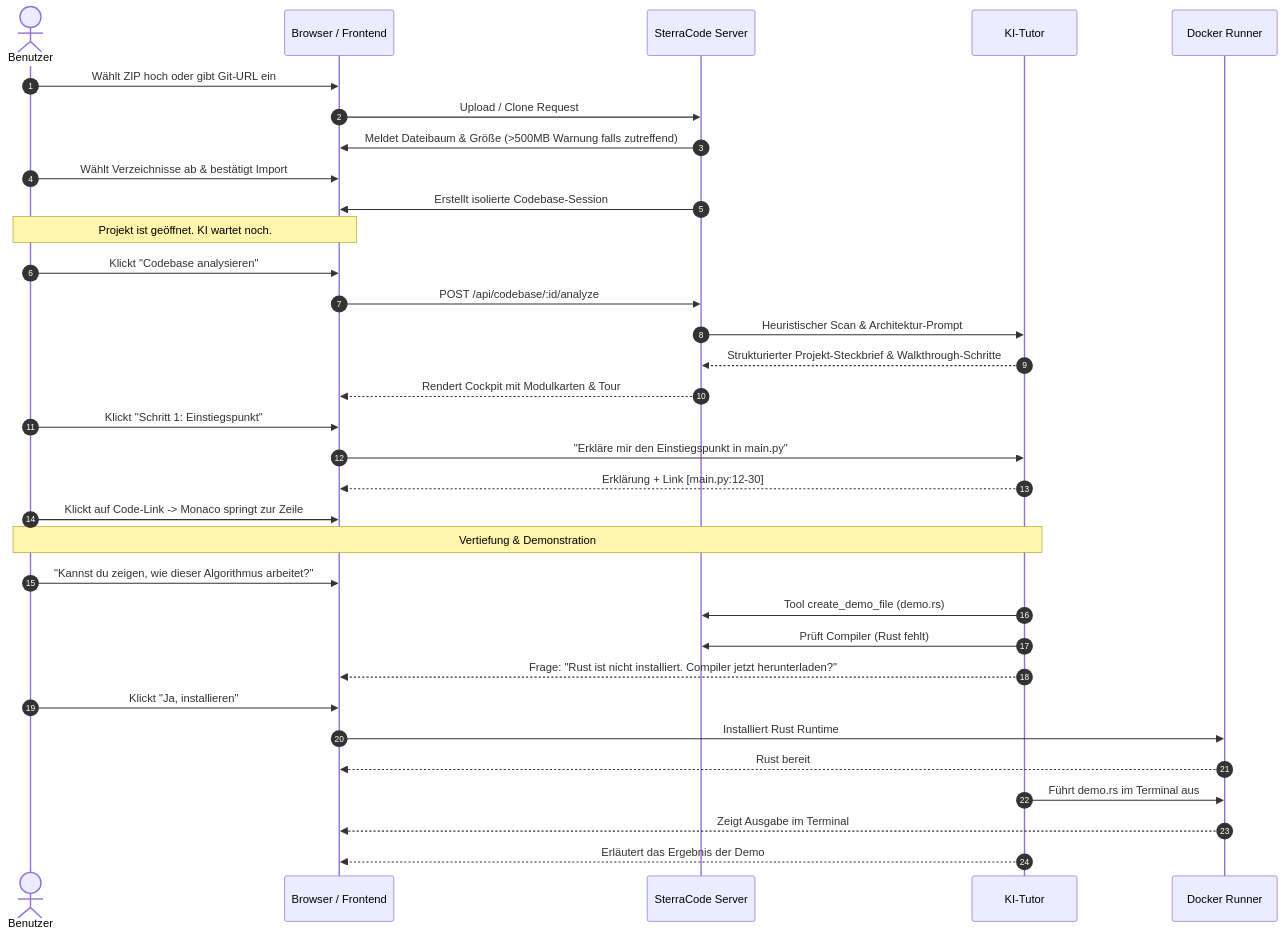
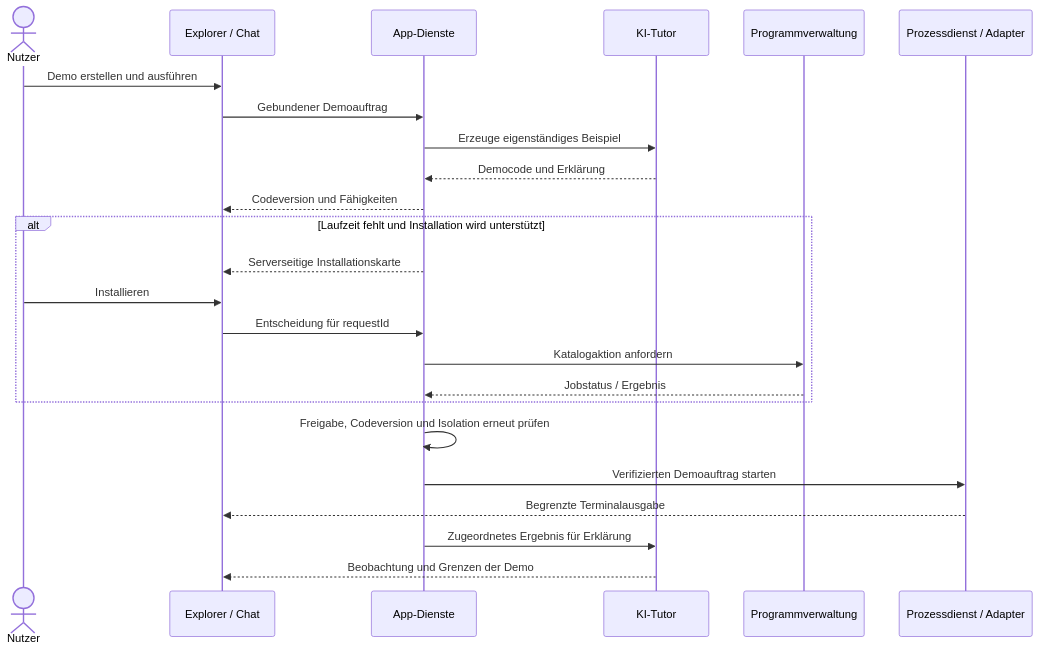
Before and after one commit to zfzfg/SterraCode: the third of 3 diagrams in CODEBASE-EXPLORER-PLAN.md, drawn with Mermaid. The commit also changed other lines of this file, not shown here.

Commit message:
Implement code changes to enhance functionality and improve performance

````diff
--- a/CODEBASE-EXPLORER-PLAN.md
+++ b/CODEBASE-EXPLORER-PLAN.md
@@ -179,36 +720,27 @@
 ```mermaid
 sequenceDiagram
-    autonumber
-    actor User as Benutzer
-    participant UI as Browser / Frontend
-    participant Srv as SterraCode Server
+    actor User as Nutzer
+    participant UI as Explorer / Chat
+    participant App as App-Dienste
     participant AI as KI-Tutor
-    participant Runner as Docker Runner
+    participant Programs as Programmverwaltung
+    participant Proc as Prozessdienst / Adapter
 
-    User->>UI: Wählt ZIP hoch oder gibt Git-URL ein
-    UI->>Srv: Upload / Clone Request
-    Srv->>UI: Meldet Dateibaum & Größe (>500MB Warnung falls zutreffend)
-    User->>UI: Wählt Verzeichnisse ab & bestätigt Import
-    Srv->>UI: Erstellt isolierte Codebase-Session
-    Note over User,UI: Projekt ist geöffnet. KI wartet noch.
-    User->>UI: Klickt "Codebase analysieren"
-    UI->>Srv: POST /api/codebase/:id/analyze
-    Srv->>AI: Heuristischer Scan & Architektur-Prompt
-    AI-->>Srv: Strukturierter Projekt-Steckbrief & Walkthrough-Schritte
-    Srv-->>UI: Rendert Cockpit mit Modulkarten & Tour
-    User->>UI: Klickt "Schritt 1: Einstiegspunkt"
-    UI->>AI: "Erkläre mir den Einstiegspunkt in main.py"
-    AI-->>UI: Erklärung + Link [main.py:12-30]
-    User->>UI: Klickt auf Code-Link -> Monaco springt zur Zeile
-    Note over User,AI: Vertiefung & Demonstration
-    User->>UI: "Kannst du zeigen, wie dieser Algorithmus arbeitet?"
-    AI->>Srv: Tool create_demo_file (demo.rs)
-    AI->>Srv: Prüft Compiler (Rust fehlt)
-    AI-->>UI: Frage: "Rust ist nicht installiert. Compiler jetzt herunterladen?"
-    User->>UI: Klickt "Ja, installieren"
-    UI->>Runner: Installiert Rust Runtime
-    Runner-->>UI: Rust bereit
-    AI->>Runner: Führt demo.rs im Terminal aus
-    Runner-->>UI: Zeigt Ausgabe im Terminal
-    AI-->>UI: Erläutert das Ergebnis der Demo
+    User->>UI: Demo erstellen und ausführen
+    UI->>App: Gebundener Demoauftrag
+    App->>AI: Erzeuge eigenständiges Beispiel
+    AI-->>App: Democode und Erklärung
+    App-->>UI: Codeversion und Fähigkeiten
+    alt Laufzeit fehlt und Installation wird unterstützt
+        App-->>UI: Serverseitige Installationskarte
+        User->>UI: Installieren
+        UI->>App: Entscheidung für requestId
+        App->>Programs: Katalogaktion anfordern
+        Programs-->>App: Jobstatus / Ergebnis
+    end
+    App->>App: Freigabe, Codeversion und Isolation erneut prüfen
+    App->>Proc: Verifizierten Demoauftrag starten
+    Proc-->>UI: Begrenzte Terminalausgabe
+    App->>AI: Zugeordnetes Ergebnis für Erklärung
+    AI-->>UI: Beobachtung und Grenzen der Demo
 ```
````
